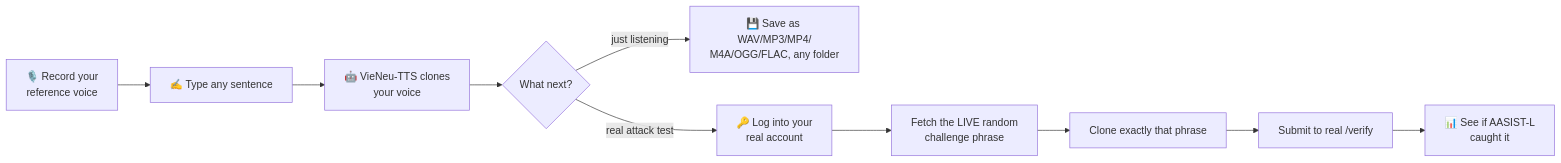
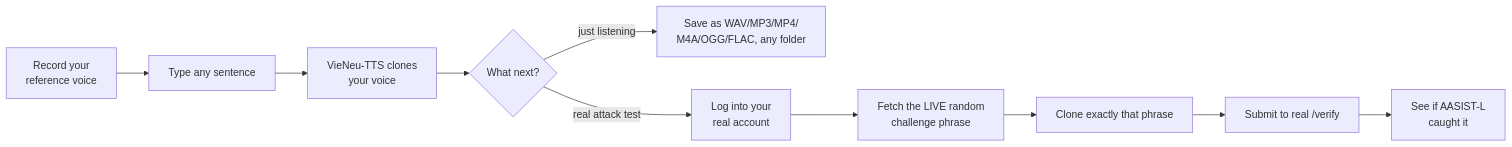
The fourth of 4 diagrams in README.md (whatdadogdoing/VoiceProject), drawn with Mermaid before and after one commit. The commit also changed other lines of this file, not shown here.

````diff
--- a/README.md
+++ b/README.md
@@ -220,12 +220,12 @@
 ```mermaid
 flowchart LR
-    A["🎙️ Record your<br/>reference voice"] --> B["✍️ Type any sentence"]
-    B --> C["🤖 VieNeu-TTS clones<br/>your voice"]
+    A["Record your<br/>reference voice"] --> B["Type any sentence"]
+    B --> C["VieNeu-TTS clones<br/>your voice"]
     C --> D{"What next?"}
-    D -->|"just listening"| E["💾 Save as WAV/MP3/MP4/<br/>M4A/OGG/FLAC, any folder"]
-    D -->|"real attack test"| F["🔑 Log into your<br/>real account"]
+    D -->|"just listening"| E["Save as WAV/MP3/MP4/<br/>M4A/OGG/FLAC, any folder"]
+    D -->|"real attack test"| F["Log into your<br/>real account"]
     F --> G["Fetch the LIVE random<br/>challenge phrase"]
     G --> H["Clone exactly that phrase"]
     H --> I["Submit to real /verify"]
-    I --> J["📊 See if AASIST-L<br/>caught it"]
+    I --> J["See if AASIST-L<br/>caught it"]
 ```
````
